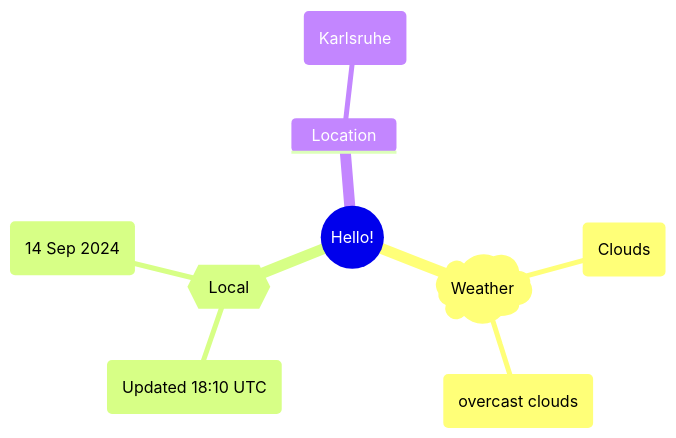
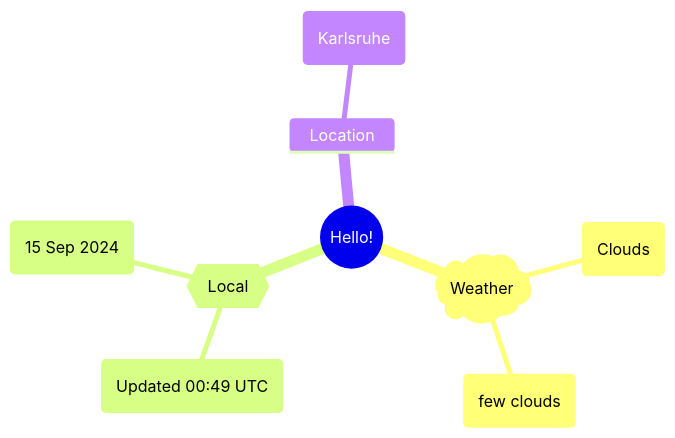
The first of 2 diagrams in README.md (Xosrov/Xosrov), drawn with Mermaid before and after one commit.

Commit message:
[bot] updated images

````diff
--- a/README.md
+++ b/README.md
@@ -3,12 +3,12 @@
 ```mermaid
 mindmap
   root((Hello!))
     )Weather(
         (Clouds)
-        (overcast clouds)
+        (few clouds)
     {{Local}}
-        (Updated 18:10 UTC)
-        (14 Sep 2024)
+        (Updated 00:49 UTC)
+        (15 Sep 2024)
     Location
         (Karlsruhe)
 ```
````
